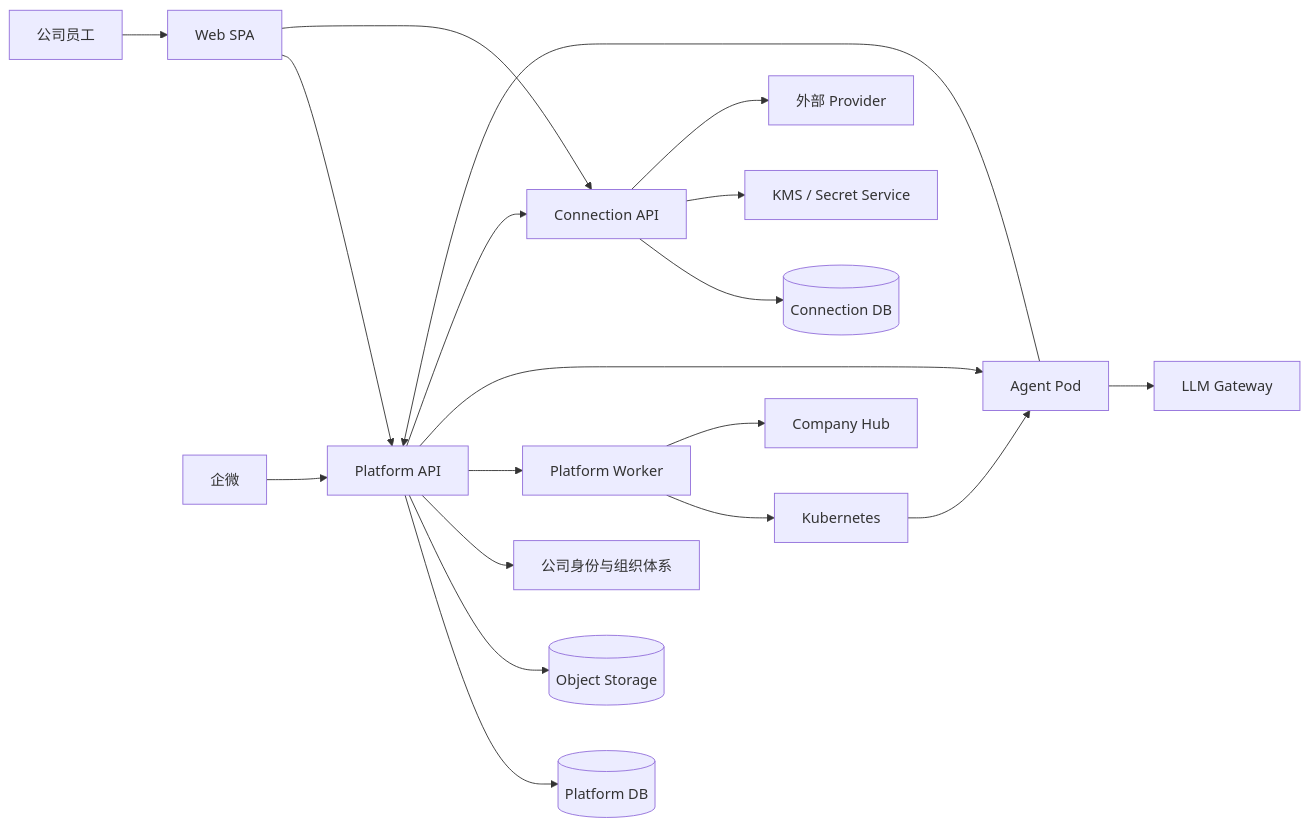
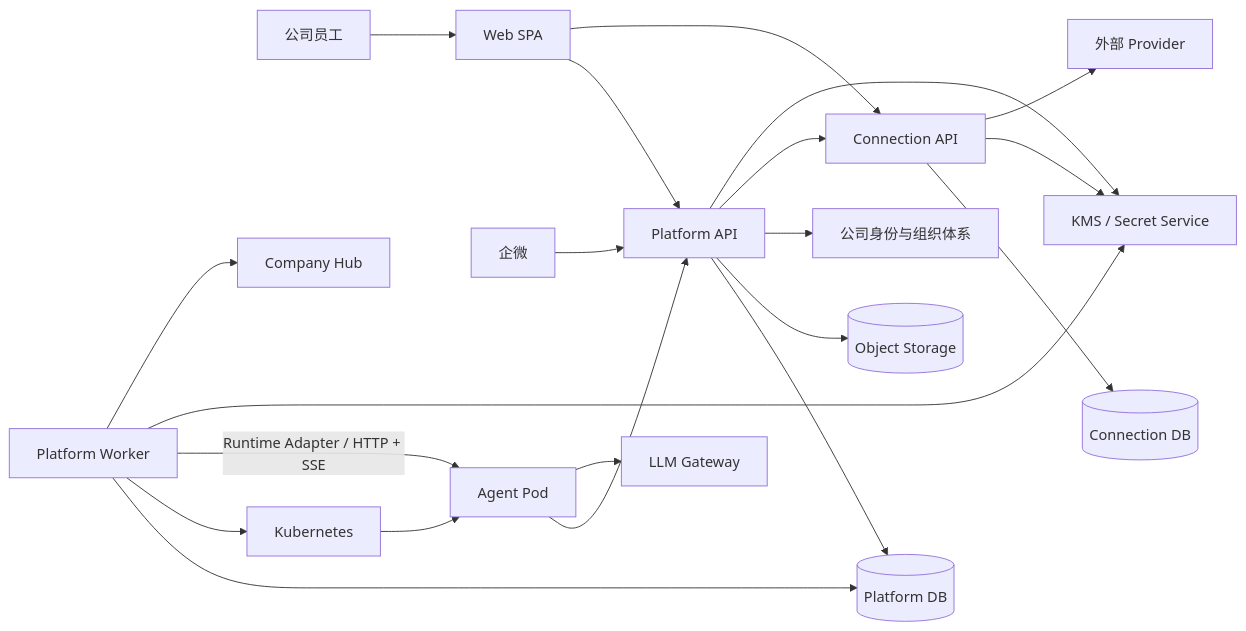
The first of 3 diagrams in docs/architecture/SPEC-agent-infra-M1-engineering-architecture.md (AgoraIO-Extensions/agent-infra), drawn with Mermaid before and after one commit. The commit also changed other lines of this file and 3 other files, not shown here.

Commit message:
docs: align M1 agent runtime architecture

````diff
--- a/docs/architecture/SPEC-agent-infra-M1-engineering-architecture.md
+++ b/docs/architecture/SPEC-agent-infra-M1-engineering-architecture.md
@@ -82,25 +82,27 @@
 ```mermaid
 flowchart LR
     U[公司员工] --> W[Web SPA]
     QW[企微] --> PA[Platform API]
     W --> PA
     W --> CA[Connection API]
 
     PA --> PD[(Platform DB)]
     PA --> OS[(Object Storage)]
     PA --> IDP[公司身份与组织体系]
-    PA --> PW[Platform Worker]
+    PW[Platform Worker] --> PD
 
     PW --> K8S[Kubernetes]
     K8S --> AP[Agent Pod]
-    PA --> AP
+    PW -->|Runtime Adapter / HTTP + SSE| AP
 
     AP --> PA
     PA --> CA
     CA --> CD[(Connection DB)]
-    CA --> KMS[KMS / Secret Service]
+    PA --> KMS[KMS / Secret Service]
+    PW --> KMS
+    CA --> KMS
     CA --> EXT[外部 Provider]
 
     AP --> LLM[LLM Gateway]
     PW --> HUB[Company Hub]
 ```
````
